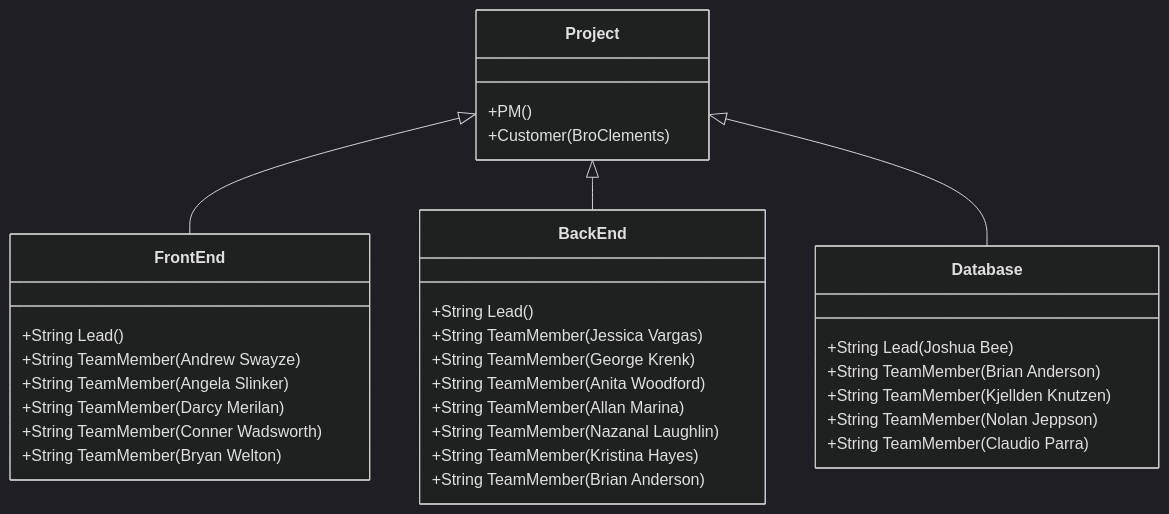
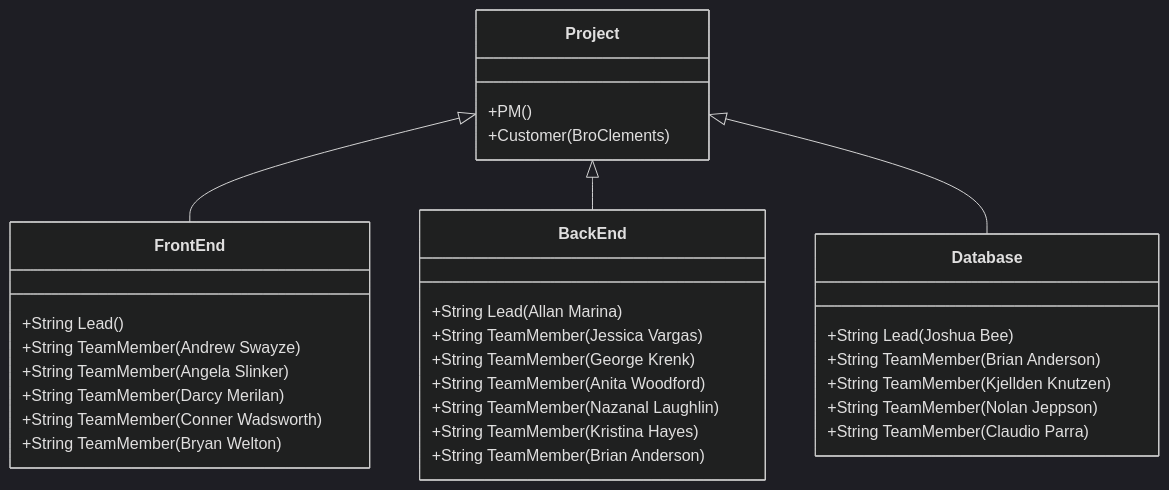
The second of 2 diagrams in ProjectManagement/OrganizationChart/OrganizationChart.md (byui-cse397/2024WinCSE490PCP), drawn with Mermaid (dark theme) before and after one commit.

Commit message:
Update OrganizationChart.md
updated team lead for backend

````diff
--- a/ProjectManagement/OrganizationChart/OrganizationChart.md
+++ b/ProjectManagement/OrganizationChart/OrganizationChart.md
@@ -34,34 +34,33 @@
 ```mermaid
 classDiagram
       Project <|-- FrontEnd
       Project <|-- BackEnd
       Project <|-- Database
       Project : +PM()
       Project : +Customer(BroClements)
       class FrontEnd{
           +String Lead()
           +String TeamMember(Andrew Swayze)
           +String TeamMember(Angela Slinker)
           +String TeamMember(Darcy Merilan)
           +String TeamMember(Conner Wadsworth)
           +String TeamMember(Bryan Welton)
       }
       class BackEnd{
-          +String Lead()
+          +String Lead(Allan Marina)
           +String TeamMember(Jessica Vargas)
           +String TeamMember(George Krenk)
           +String TeamMember(Anita Woodford)
-          +String TeamMember(Allan Marina)
           +String TeamMember(Nazanal Laughlin)
           +String TeamMember(Kristina Hayes)
           +String TeamMember(Brian Anderson)
 
       }
       class Database{
           +String Lead(Joshua Bee)
           +String TeamMember(Brian Anderson)
           +String TeamMember(Kjellden Knutzen)
           +String TeamMember(Nolan Jeppson)
           +String TeamMember(Claudio Parra)
       }
 ```
````
